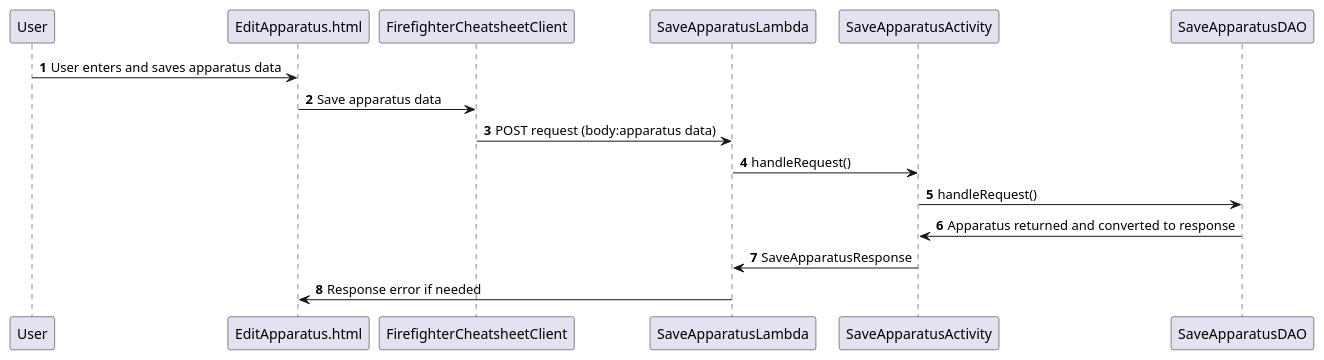
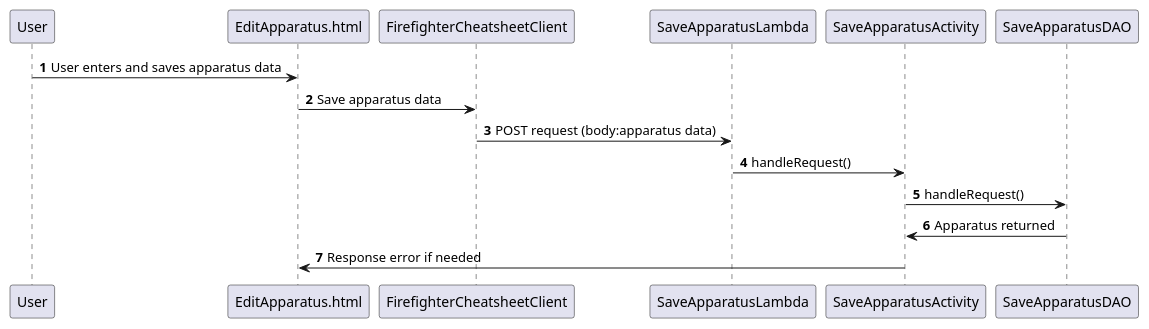
Before and after one commit to emergency22/Firefighter-Cheatsheet: the diagram in resources/SaveApparatusEndpoint.puml, drawn with PlantUML.

Commit message:
Add SaveApparatusEndpoint puml

```diff
--- a/resources/SaveApparatusEndpoint.puml
+++ b/resources/SaveApparatusEndpoint.puml
@@ -1,16 +1,15 @@
 @startuml
 'https://plantuml.com/sequence-diagram
 
 autonumber
 
 User -> EditApparatus.html: User enters and saves apparatus data
 EditApparatus.html -> FirefighterCheatsheetClient: Save apparatus data
 FirefighterCheatsheetClient -> SaveApparatusLambda: POST request (body:apparatus data)
 SaveApparatusLambda -> SaveApparatusActivity: handleRequest()
 SaveApparatusActivity -> SaveApparatusDAO: handleRequest()
-SaveApparatusDAO -> SaveApparatusActivity: Apparatus returned and converted to response
-SaveApparatusActivity -> SaveApparatusLambda: SaveApparatusResponse
-SaveApparatusLambda -> EditApparatus.html: Response error if needed
+SaveApparatusDAO -> SaveApparatusActivity: Apparatus returned
+SaveApparatusActivity -> EditApparatus.html: Response error if needed
 
 
 @enduml
```
